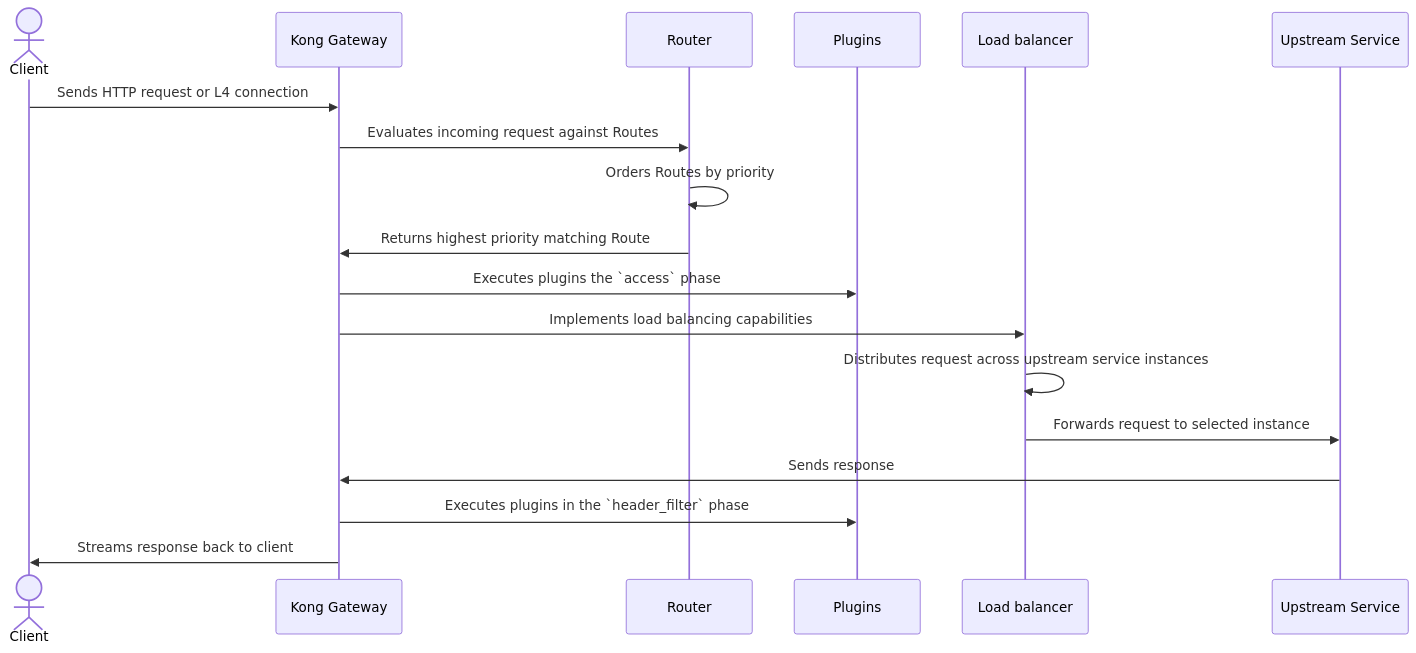
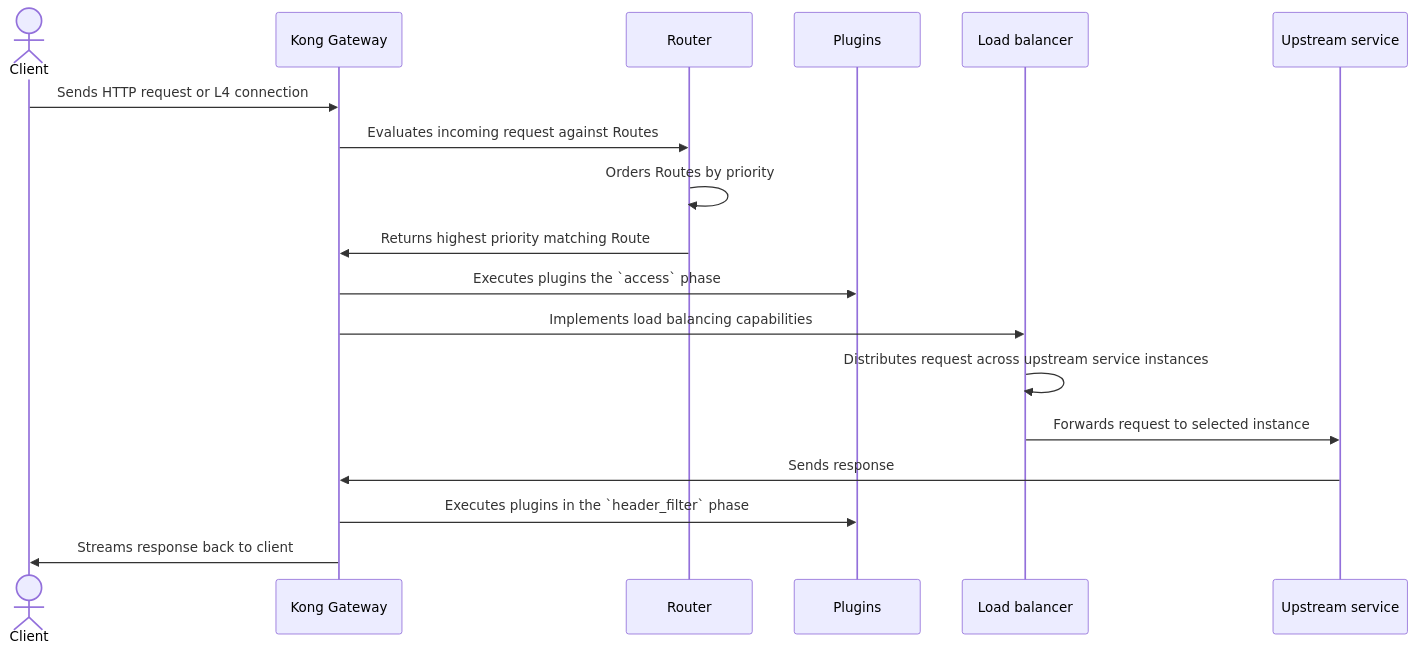
Before and after one commit to Kong/developer.konghq.com: the diagram in app/gateway/traffic-control/proxying.md, drawn with Mermaid. The commit also changed other lines of this file, not shown here.

```diff
--- a/app/gateway/traffic-control/proxying.md
+++ b/app/gateway/traffic-control/proxying.md
@@ -33,21 +33,21 @@
 {% mermaid %}
 sequenceDiagram
     actor Client
     participant Gateway as Kong Gateway
     participant Router
     participant Plugins as Plugins
     participant LoadBalancer as Load balancer
-    participant UpstreamService as Upstream Service
+    participant UpstreamService as Upstream service
 
     Client->>Gateway: Sends HTTP request or L4 connection
     Gateway->>Router: Evaluates incoming request against Routes
     Router->>Router: Orders Routes by priority
     Router->>Gateway: Returns highest priority matching Route
     Gateway->>Plugins: Executes plugins the `access` phase
     Gateway->>LoadBalancer: Implements load balancing capabilities
     LoadBalancer->>LoadBalancer: Distributes request across upstream service instances
     LoadBalancer->>UpstreamService: Forwards request to selected instance
     UpstreamService->>Gateway: Sends response
     Gateway->>Plugins: Executes plugins in the `header_filter` phase
     Gateway->>Client: Streams response back to client
 {% endmermaid %}
```
